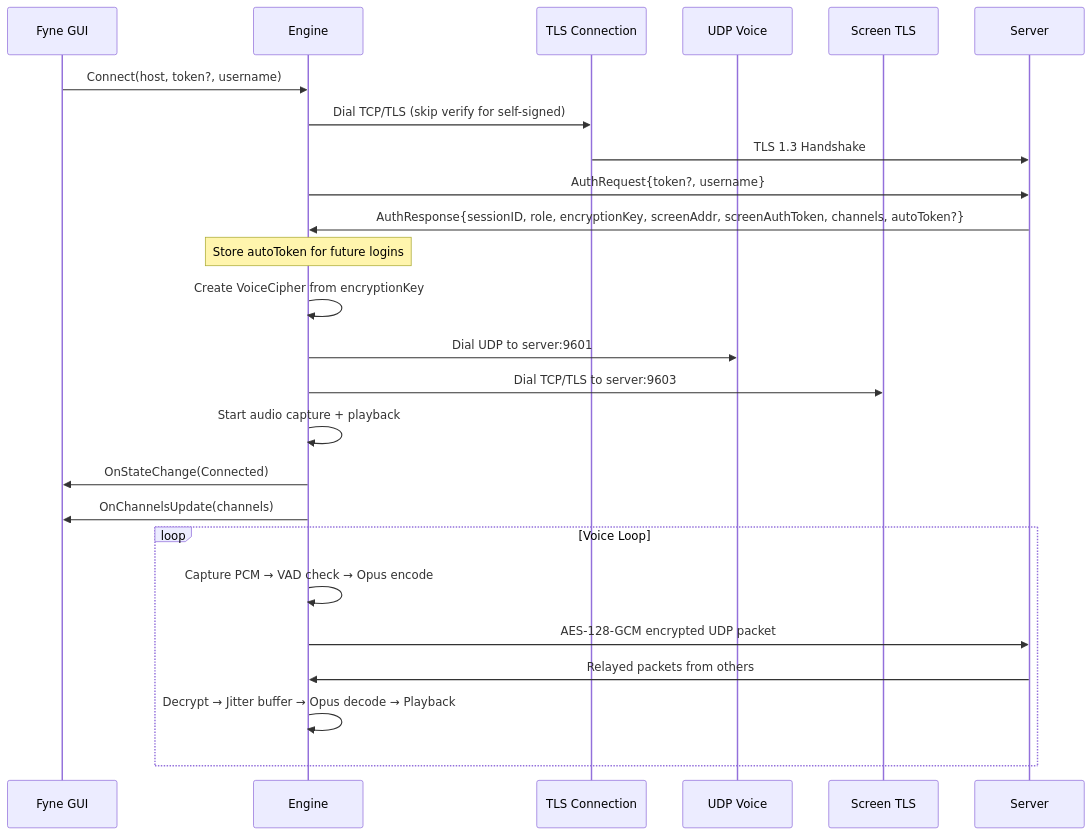
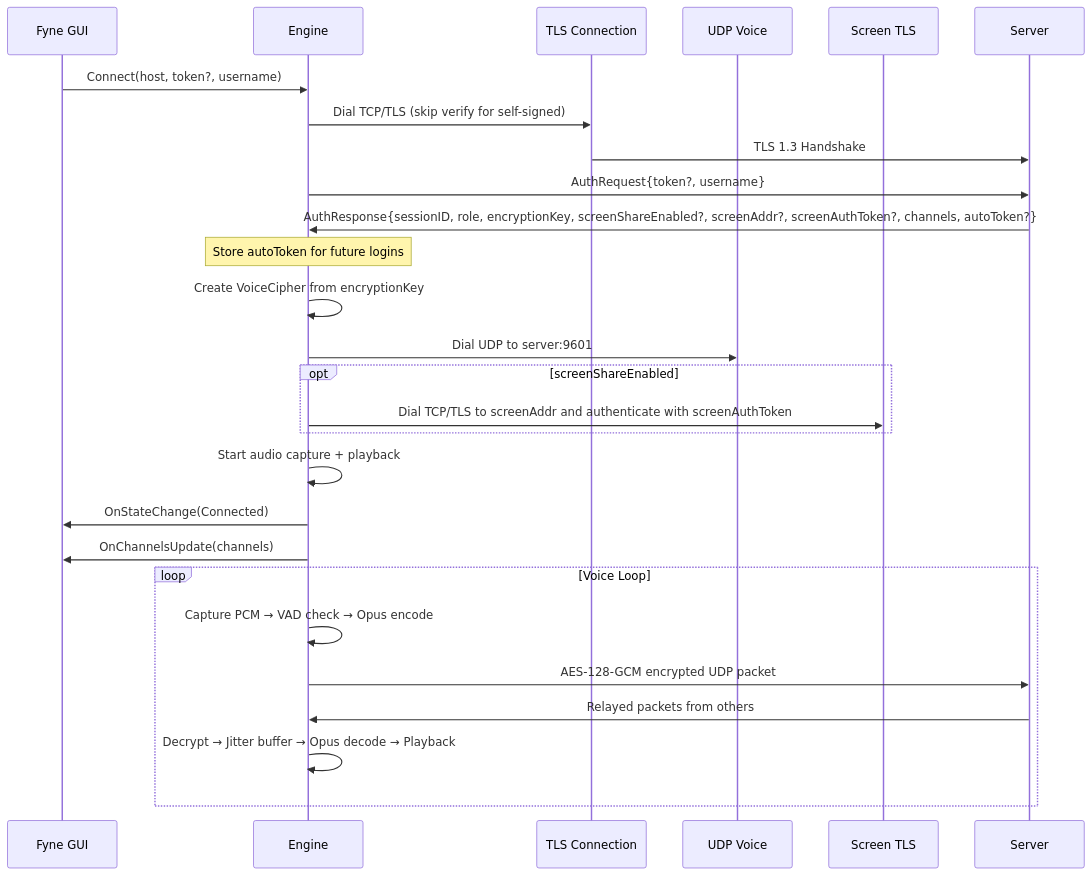
One commit to NicolasHaas/gospeak changed the fourth of 5 diagrams in docs/architecture.md. Above: the diagram before and after it, drawn with Mermaid. The commit also changed other lines of this file and 6 other files, not shown here.

Commit message:
fix(server): hide disabled screen service

````diff
--- a/docs/architecture.md
+++ b/docs/architecture.md
@@ -139,29 +143,31 @@
 ```mermaid
 sequenceDiagram
     participant UI as Fyne GUI
     participant Eng as Engine
     participant TLS as TLS Connection
     participant UDP as UDP Voice
     participant SCR as Screen TLS
     participant Srv as Server
 
     UI->>Eng: Connect(host, token?, username)
     Eng->>TLS: Dial TCP/TLS (skip verify for self-signed)
     TLS->>Srv: TLS 1.3 Handshake
     Eng->>Srv: AuthRequest{token?, username}
-    Srv->>Eng: AuthResponse{sessionID, role, encryptionKey, screenAddr, screenAuthToken, channels, autoToken?}
+    Srv->>Eng: AuthResponse{sessionID, role, encryptionKey, screenShareEnabled?, screenAddr?, screenAuthToken?, channels, autoToken?}
     Note over Eng: Store autoToken for future logins
     Eng->>Eng: Create VoiceCipher from encryptionKey
     Eng->>UDP: Dial UDP to server:9601
-    Eng->>SCR: Dial TCP/TLS to server:9603
+    opt screenShareEnabled
+        Eng->>SCR: Dial TCP/TLS to screenAddr and authenticate with screenAuthToken
+    end
     Eng->>Eng: Start audio capture + playback
     Eng->>UI: OnStateChange(Connected)
     Eng->>UI: OnChannelsUpdate(channels)
 
     loop Voice Loop
         Eng->>Eng: Capture PCM → VAD check → Opus encode
         Eng->>Srv: AES-128-GCM encrypted UDP packet
         Srv->>Eng: Relayed packets from others
         Eng->>Eng: Decrypt → Jitter buffer → Opus decode → Playback
     end
 ```
````
